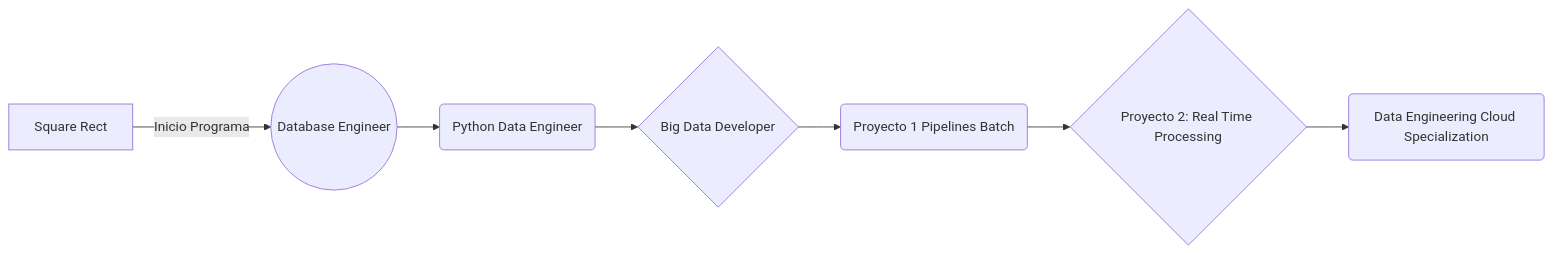
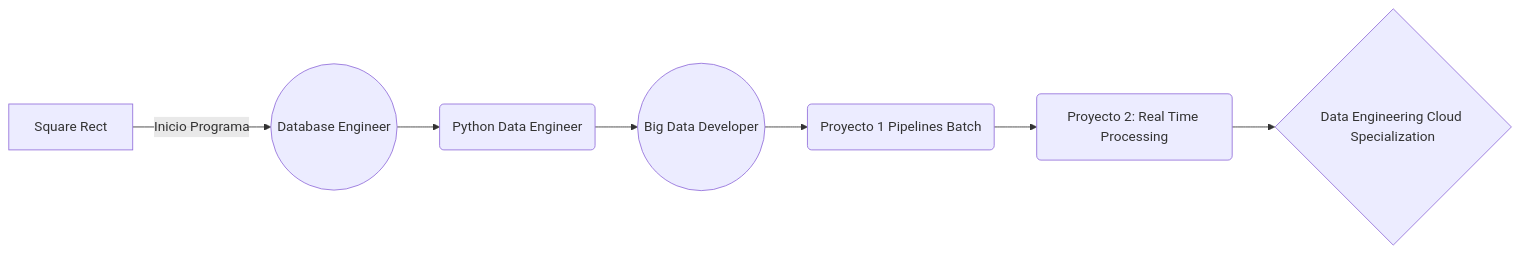
The diagram in README.md (iejuva/baseDATAPATH), drawn with Mermaid before and after one commit. The commit also changed other lines of this file, not shown here.

Commit message:
ajuste flow chart de programa data engineering data path

````diff
--- a/README.md
+++ b/README.md
@@ -11,9 +11,9 @@
 ```mermaid
 graph LR
 A[Square Rect] -- Inicio Programa --> B((Database Engineer))
 B --> C(Python Data Engineer)
-C --> D{Big Data Developer}
+C --> D((Big Data Developer))
 D --> E(Proyecto 1 Pipelines Batch)
-E --> F{Proyecto 2: Real Time Processing}
-F --> G(Data Engineering Cloud Specialization)
+E --> F(Proyecto 2: Real Time Processing)
+F --> G{Data Engineering Cloud Specialization}
 ```
````
